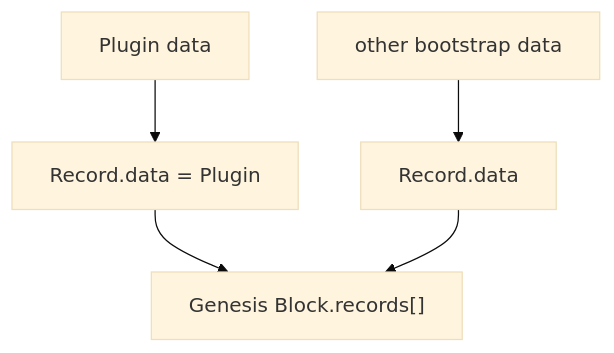
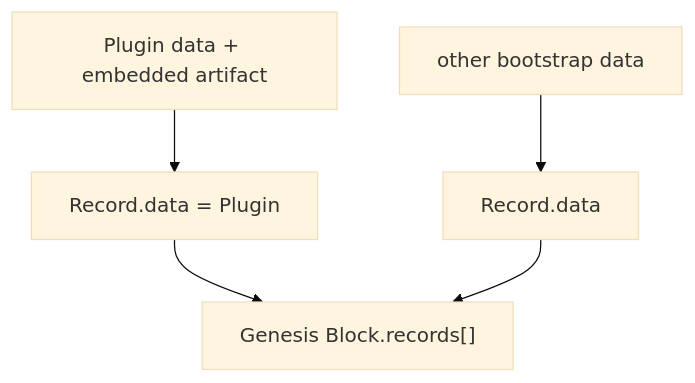
One commit to labourchain/core-plugins changed the diagram in docs/genesis.md. Above: the diagram before and after it, drawn with Mermaid (base theme). The commit also changed other lines of this file and 13 other files, not shown here.

Commit message:
feat: embed small Plugin artifacts in chain data

````diff
--- a/docs/genesis.md
+++ b/docs/genesis.md
@@ -32,10 +32,10 @@
 ```mermaid
 flowchart TB
-    P["Plugin data"]
+    P["Plugin data + embedded artifact"]
     P --> PR["Record.data = Plugin"]
     PR --> G["Genesis Block.records[]"]
 
     E["other bootstrap data"]
     E --> ER["Record.data"]
     ER --> G
 ```
````
